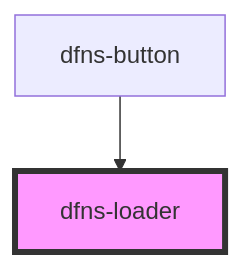
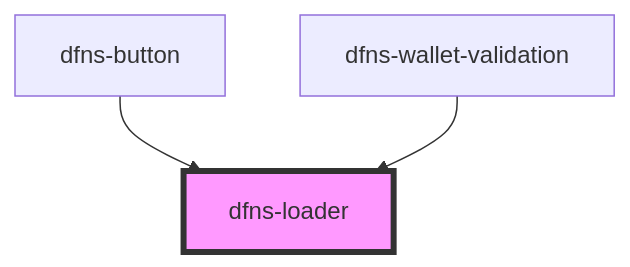
Before and after one commit to dfnsext/web-ui: the diagram in src/components/dfns-loader/readme.md, drawn with Mermaid. The commit also changed other lines of this file and 5 other files, not shown here.

````diff
--- a/src/components/dfns-loader/readme.md
+++ b/src/components/dfns-loader/readme.md
@@ -23,5 +24,6 @@
 ```mermaid
 graph TD;
   dfns-button --> dfns-loader
+  dfns-wallet-validation --> dfns-loader
   style dfns-loader fill:#f9f,stroke:#333,stroke-width:4px
 ```
````
